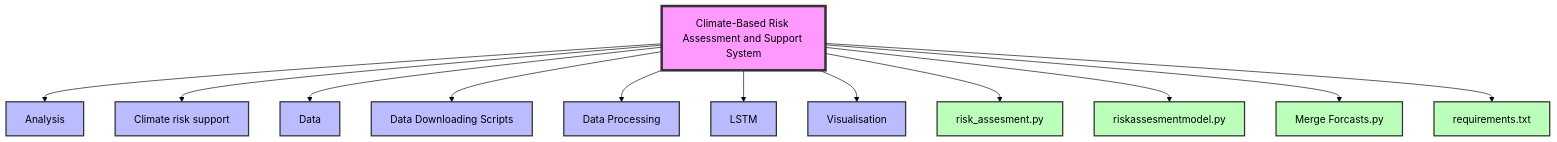
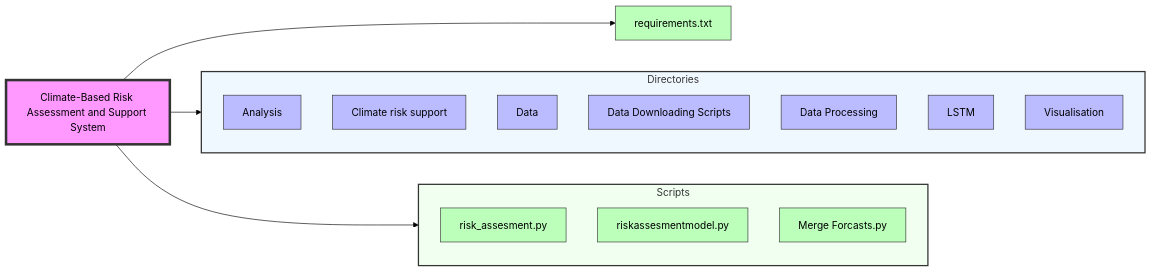
One commit to kiptoorono/Climate-Based-Risk-Assessment-and-Support-System changed the diagram in Docs/README.md. Above: the diagram before and after it, drawn with Mermaid (forest theme). The commit also changed other lines of this file, not shown here.

Commit message:
minor code refactor

````diff
--- a/Docs/README.md
+++ b/Docs/README.md
@@ -43,27 +43,37 @@
 ```mermaid
-graph TD
-    A[Climate-Based Risk Assessment and Support System] --> B[Analysis]
-    A --> C[Climate risk support]
-    A --> D[Data]
-    A --> E[Data Downloading Scripts]
-    A --> F[Data Processing]
-    A --> G[LSTM]
-    A --> H[Visualisation]
-    A --> I[risk_assesment.py]
-    A --> J[riskassesmentmodel.py]
-    A --> K[Merge Forcasts.py]
+graph LR
+    A[Climate-Based Risk Assessment and Support System] --> Directories
+    A --> Scripts
     A --> L[requirements.txt]
 
+    subgraph Directories
+        B[Analysis]
+        C[Climate risk support]
+        D[Data]
+        E[Data Downloading Scripts]
+        F[Data Processing]
+        G[LSTM]
+        H[Visualisation]
+    end
+
+    subgraph Scripts
+        I[risk_assesment.py]
+        J[riskassesmentmodel.py]
+        K[Merge Forcasts.py]
+    end
+
     style A fill:#f9f,stroke:#333,stroke-width:4px
-    style B fill:#bbf,stroke:#333,stroke-width:2px
-    style C fill:#bbf,stroke:#333,stroke-width:2px
-    style D fill:#bbf,stroke:#333,stroke-width:2px
-    style E fill:#bbf,stroke:#333,stroke-width:2px
-    style F fill:#bbf,stroke:#333,stroke-width:2px
-    style G fill:#bbf,stroke:#333,stroke-width:2px
-    style H fill:#bbf,stroke:#333,stroke-width:2px
-    style I fill:#bfb,stroke:#333,stroke-width:2px
-    style J fill:#bfb,stroke:#333,stroke-width:2px
-    style K fill:#bfb,stroke:#333,stroke-width:2px
-    style L fill:#bfb,stroke:#333,stroke-width:2px
+    style Directories fill:#f0f8ff,stroke:#333,stroke-width:2px
+    style Scripts fill:#f0fff0,stroke:#333,stroke-width:2px
+    style B fill:#bbf,stroke:#333,stroke-width:1px
+    style C fill:#bbf,stroke:#333,stroke-width:1px
+    style D fill:#bbf,stroke:#333,stroke-width:1px
+    style E fill:#bbf,stroke:#333,stroke-width:1px
+    style F fill:#bbf,stroke:#333,stroke-width:1px
+    style G fill:#bbf,stroke:#333,stroke-width:1px
+    style H fill:#bbf,stroke:#333,stroke-width:1px
+    style I fill:#bfb,stroke:#333,stroke-width:1px
+    style J fill:#bfb,stroke:#333,stroke-width:1px
+    style K fill:#bfb,stroke:#333,stroke-width:1px
+    style L fill:#bfb,stroke:#333,stroke-width:1px
 ```
````
